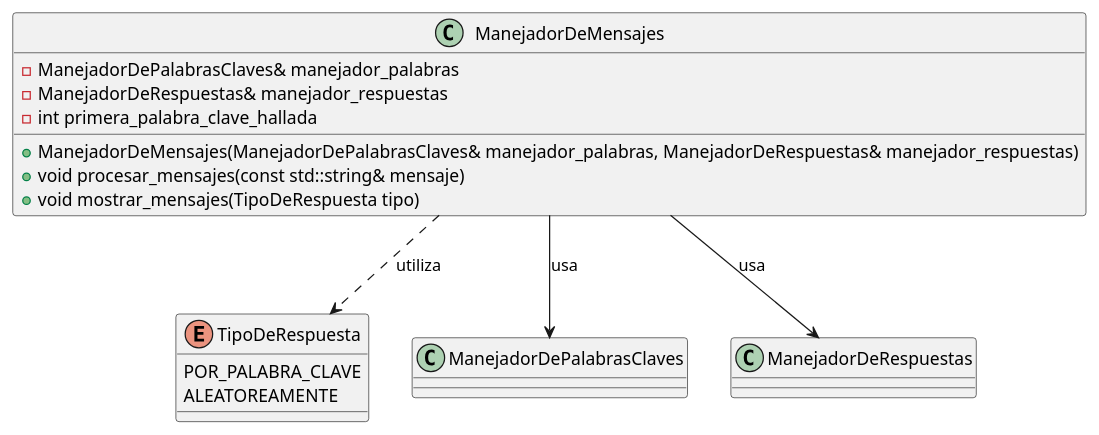
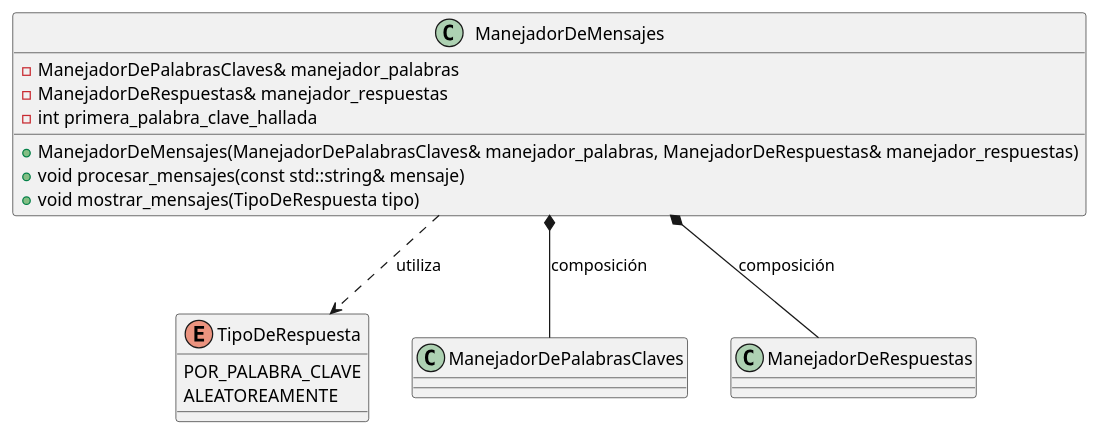
One commit to guillsil/Transformers-Game changed the diagram in Diagramas-UML/ManejadorDeMensajes.puml. Above: the diagram before and after it, drawn with PlantUML. The commit also changed 8 other files, not shown here.

```diff
--- a/Diagramas-UML/ManejadorDeMensajes.puml
+++ b/Diagramas-UML/ManejadorDeMensajes.puml
@@ -1,27 +1,27 @@
 @startuml
 'https://plantuml.com/class-diagram
 
 enum TipoDeRespuesta {
     POR_PALABRA_CLAVE
     ALEATOREAMENTE
 }
 
 class ManejadorDeMensajes {
     - ManejadorDePalabrasClaves& manejador_palabras
     - ManejadorDeRespuestas& manejador_respuestas
     - int primera_palabra_clave_hallada
 
     + ManejadorDeMensajes(ManejadorDePalabrasClaves& manejador_palabras, ManejadorDeRespuestas& manejador_respuestas)
     + void procesar_mensajes(const std::string& mensaje)
     + void mostrar_mensajes(TipoDeRespuesta tipo)
 }
 
 class ManejadorDePalabrasClaves
 class ManejadorDeRespuestas
 
 ' Relaciones
-ManejadorDeMensajes --> ManejadorDePalabrasClaves : usa
-ManejadorDeMensajes --> ManejadorDeRespuestas : usa
-ManejadorDeMensajes ..> TipoDeRespuesta : utiliza
+ManejadorDeMensajes *-- ManejadorDePalabrasClaves : "composición"
+ManejadorDeMensajes *-- ManejadorDeRespuestas : "composición"
+ManejadorDeMensajes ..> TipoDeRespuesta : "utiliza"
 
 @enduml
```
